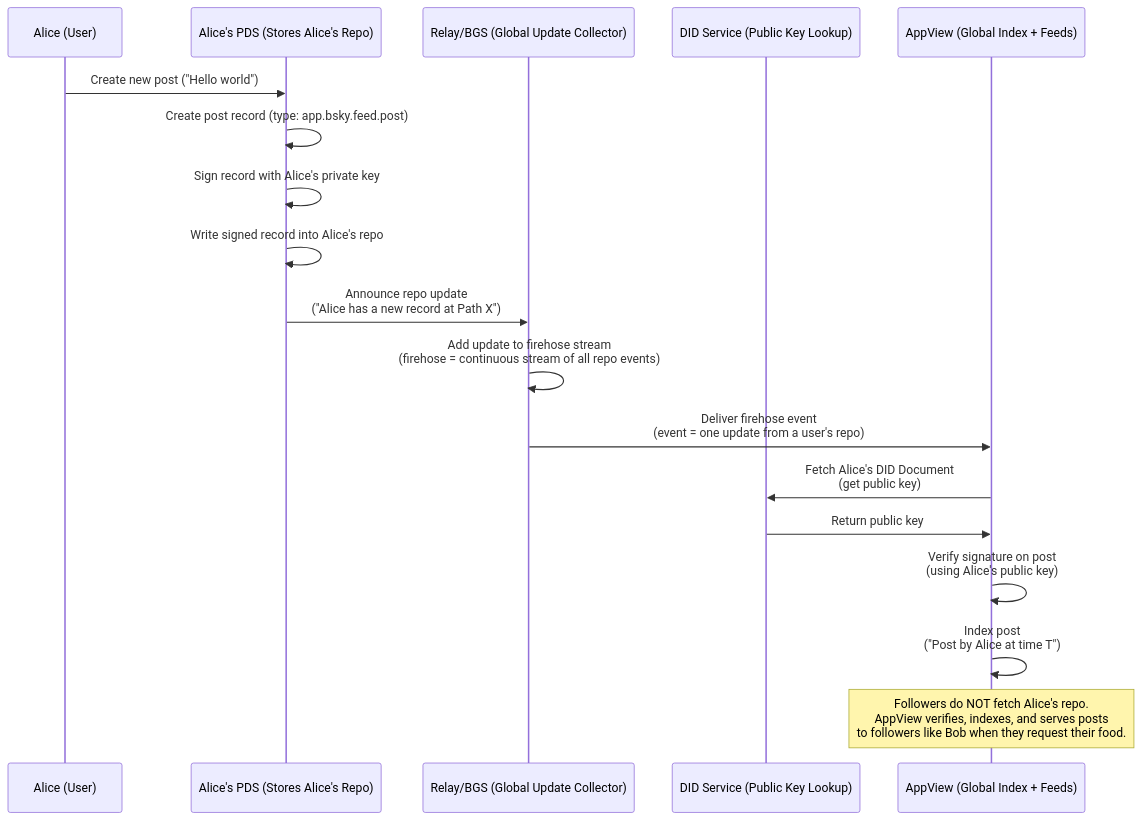
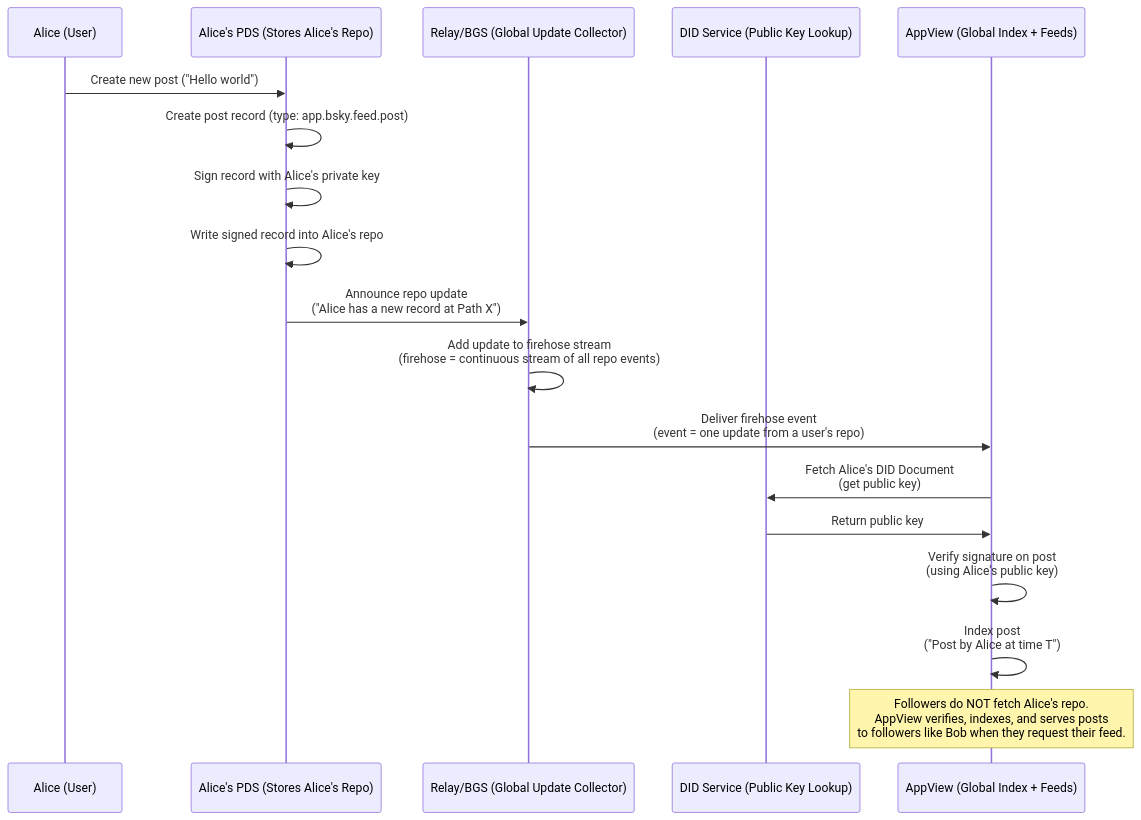
The ninth of 18 diagrams in alternatives.md (gargster/ELEC4712_Decentralised_Blog), drawn with Mermaid before and after one commit. The commit also changed other lines of this file, not shown here.

Commit message:
fixing formatting in sequence diagram

````diff
--- a/alternatives.md
+++ b/alternatives.md
@@ -196,27 +196,27 @@
 ```mermaid
 sequenceDiagram
     participant Alice as Alice (User)
     participant AlicePDS as Alice's PDS (Stores Alice's Repo)
     participant Relay as Relay/BGS (Global Update Collector)
     participant DID as DID Service (Public Key Lookup)
     participant AppView  as AppView (Global Index + Feeds)
 
     Alice->>AlicePDS: Create new post ("Hello world")
 
     AlicePDS->>AlicePDS: Create post record (type: app.bsky.feed.post)
     AlicePDS->>AlicePDS: Sign record with Alice's private key
     AlicePDS->>AlicePDS: Write signed record into Alice's repo
 
     AlicePDS->>Relay: Announce repo update<br>("Alice has a new record at Path X")
 
     Relay->>Relay: Add update to firehose stream<br>(firehose = continuous stream of all repo events)
     Relay->>AppView: Deliver firehose event<br>(event = one update from a user's repo)
 
     AppView->>DID: Fetch Alice's DID Document<br>(get public key)
     DID->>AppView: Return public key 
 
     AppView->>AppView: Verify signature on post<br>(using Alice's public key)
     AppView->>AppView: Index post<br>("Post by Alice at time T")
 
-    Note over AppView: Followers do NOT fetch Alice's repo.<br>AppView verifies, indexes, and serves posts<br>to followers like Bob when they request their food.
+    Note over AppView: Followers do NOT fetch Alice's repo.<br>AppView verifies, indexes, and serves posts<br>to followers like Bob when they request their feed.
 ```
````
